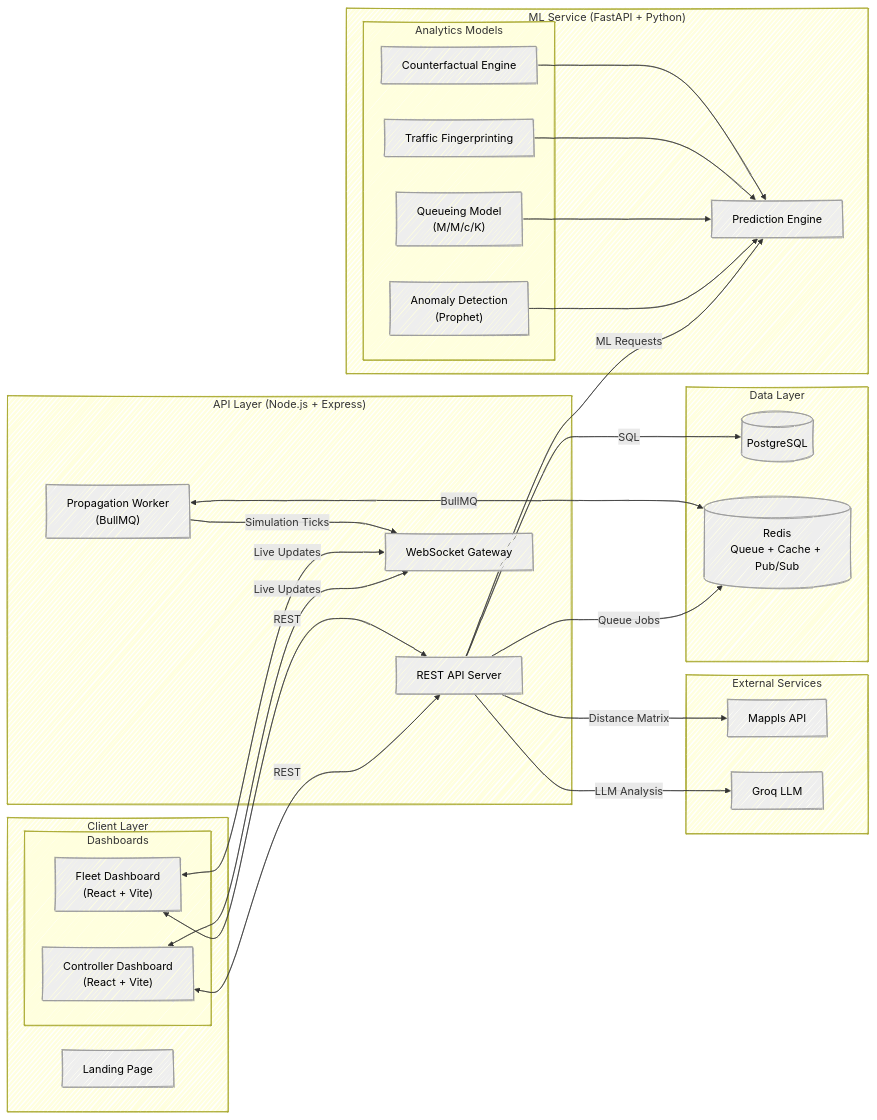
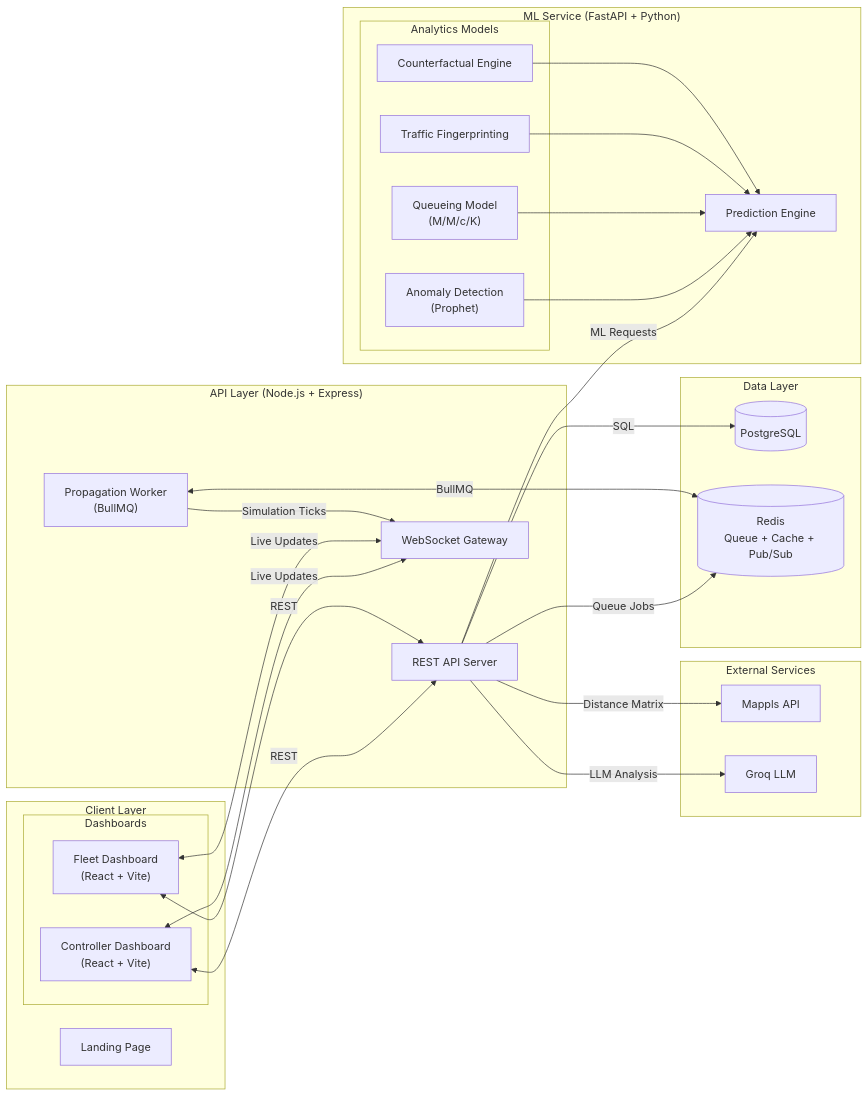
One commit to feastyr69/gridlock_prototype changed the first of 8 diagrams in README.md. Above: the diagram before and after it, drawn with Mermaid. The commit also changed other lines of this file, not shown here.

````diff
--- a/README.md
+++ b/README.md
@@ -84,10 +84,5 @@
 ``` mermaid
----
-config:
-  theme: mc
-  look: handDrawn
-  fontFamily: "'Recursive Variable', sans-serif"
----
+
 flowchart LR
 
 %% =========================
@@ -175,10 +170,4 @@
 API -->|Distance Matrix| MAPPLS
 API -->|LLM Analysis| GROQ
 
-%% =========================
-%% STYLING
-%% =========================
-classDef Ash fill:#EEEEEE,stroke:#999999,color:#000000;
-
-class LP,CD,FD,API,WSS,PW,MLP,MLA,MLQ,MLF,MLC,PG,RD,GROQ,MAPPLS Ash;
 ```
````
